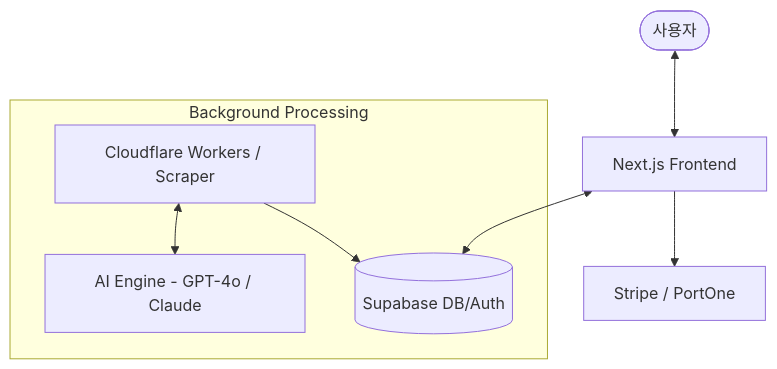
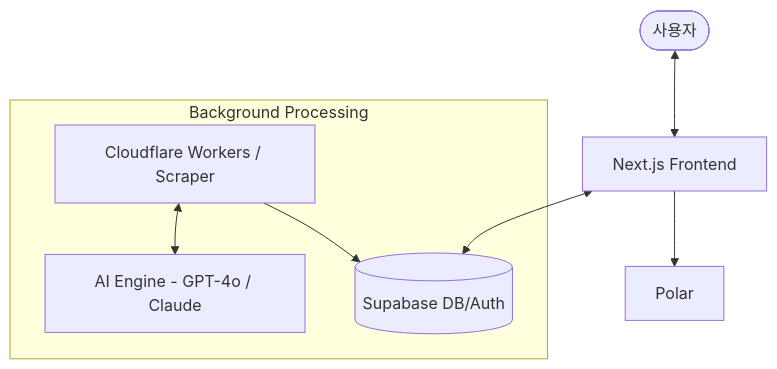
One commit to DeuklyoungKo/checkservice changed the diagram in 1.PRD.md. Above: the diagram before and after it, drawn with Mermaid. The commit also changed other lines of this file and 18 other files, not shown here.

````diff
--- a/1.PRD.md
+++ b/1.PRD.md
@@ -30,12 +37,12 @@
 ```mermaid
 graph TD
     User([사용자]) <--> Frontend[Next.js Frontend]
     Frontend <--> Supabase[(Supabase DB/Auth)]
     
     subgraph "Background Processing"
         Scraper[Cloudflare Workers / Scraper] --> Supabase
         Scraper <--> AI[AI Engine - GPT-4o / Claude]
     end
     
-    Frontend --> Payments[Stripe / PortOne]
+    Frontend --> Payments[Polar]
 ```
````
